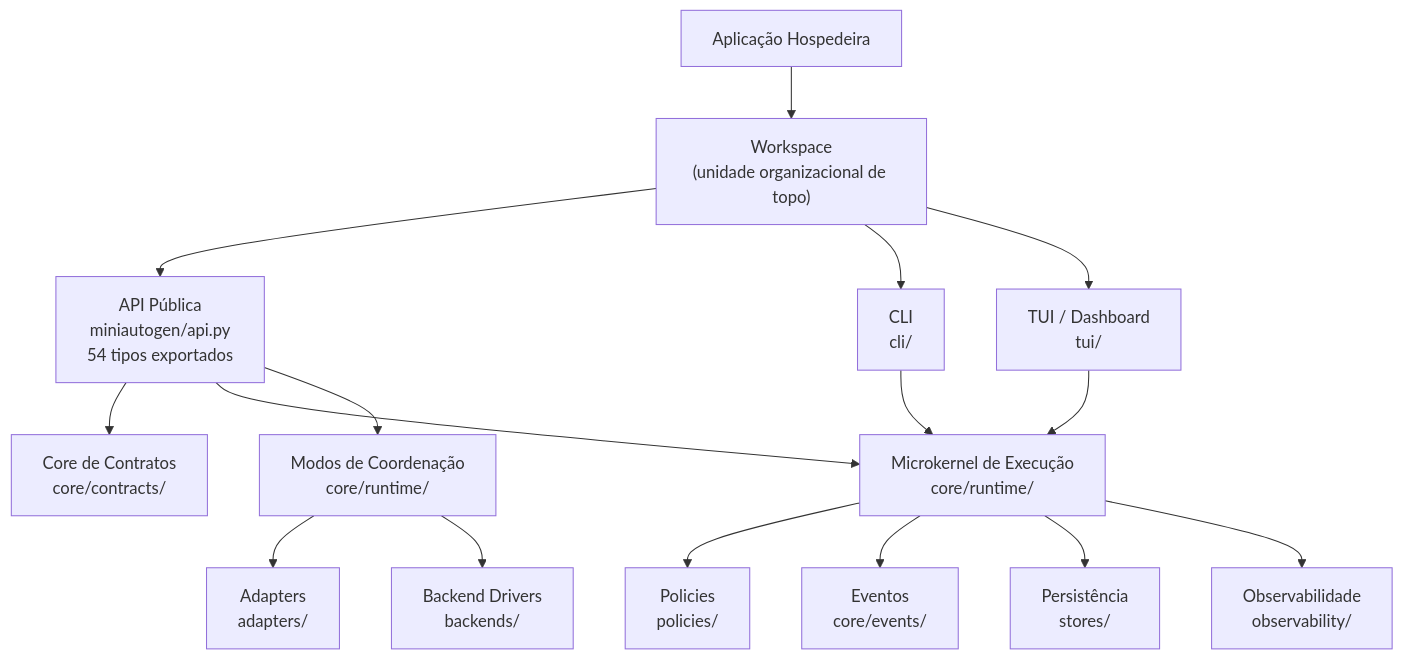
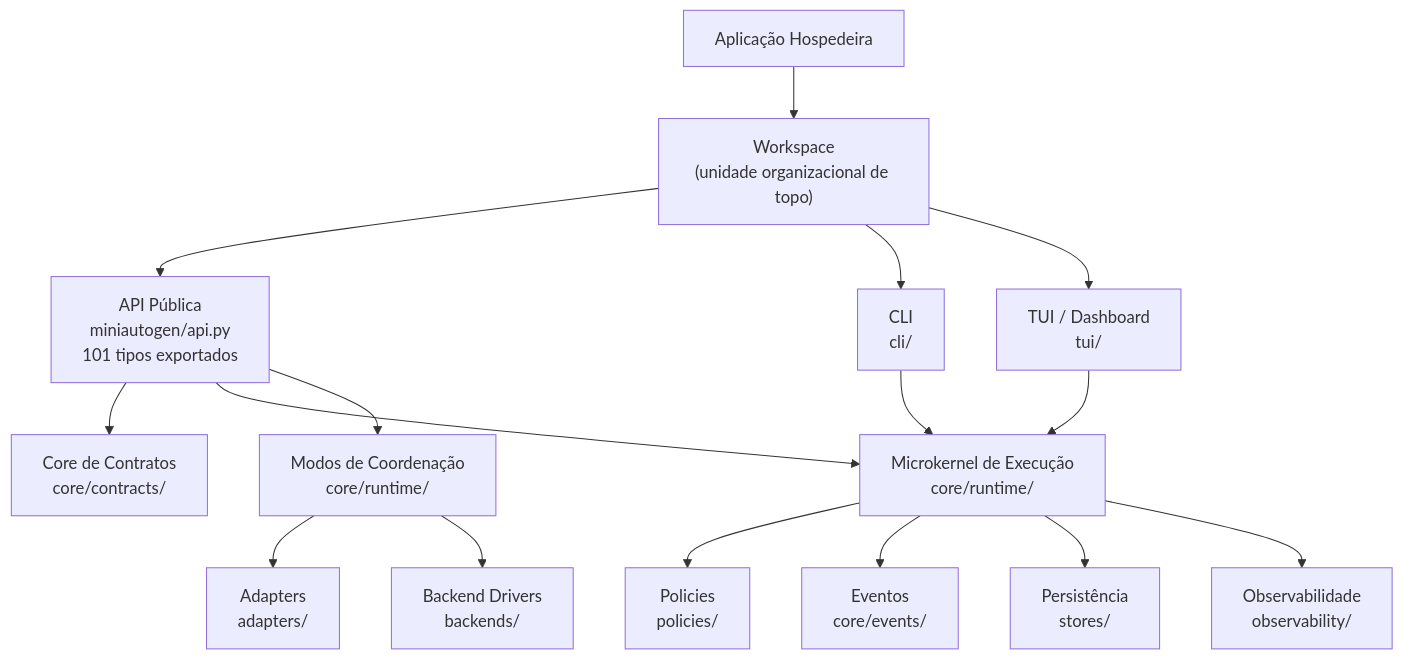
Before and after one commit to brunocapelao/miniAutoGen: the diagram in docs/pt/architecture/02-containers.md, drawn with Mermaid. The commit also changed other lines of this file and 16 other files, not shown here.

````diff
--- a/docs/pt/architecture/02-containers.md
+++ b/docs/pt/architecture/02-containers.md
@@ -9,22 +9,22 @@
 ```mermaid
 flowchart TB
     App["Aplicação Hospedeira"] --> Workspace["Workspace\n(unidade organizacional de topo)"]
-    Workspace --> API["API Pública\nminiautogen/api.py\n54 tipos exportados"]
+    Workspace --> API["API Pública\nminiautogen/api.py\n101 tipos exportados"]
 
     API --> Contracts["Core de Contratos\ncore/contracts/"]
     API --> Kernel["Microkernel de Execução\ncore/runtime/"]
     API --> Coord["Modos de Coordenação\ncore/runtime/"]
 
     Kernel --> Policies["Policies\npolicies/"]
     Kernel --> Events["Eventos\ncore/events/"]
     Kernel --> Stores["Persistência\nstores/"]
 
     Coord --> Adapters["Adapters\nadapters/"]
     Coord --> Backends["Backend Drivers\nbackends/"]
 
     Kernel --> Observability["Observabilidade\nobservability/"]
     Workspace --> CLIContainer["CLI\ncli/"]
     Workspace --> TUIContainer["TUI / Dashboard\ntui/"]
     CLIContainer --> Kernel
     TUIContainer --> Kernel
 ```
````
